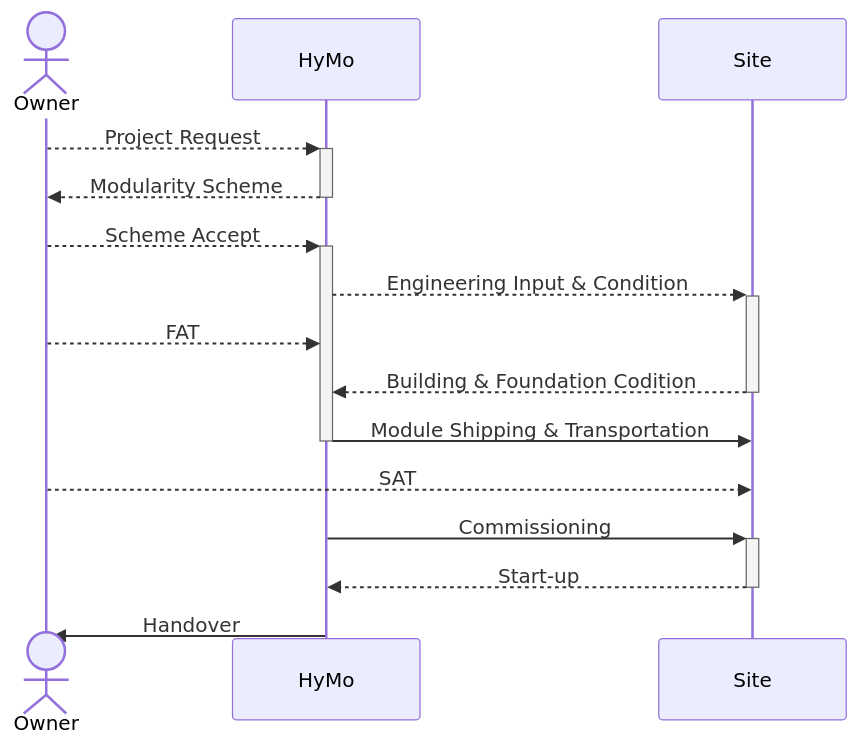
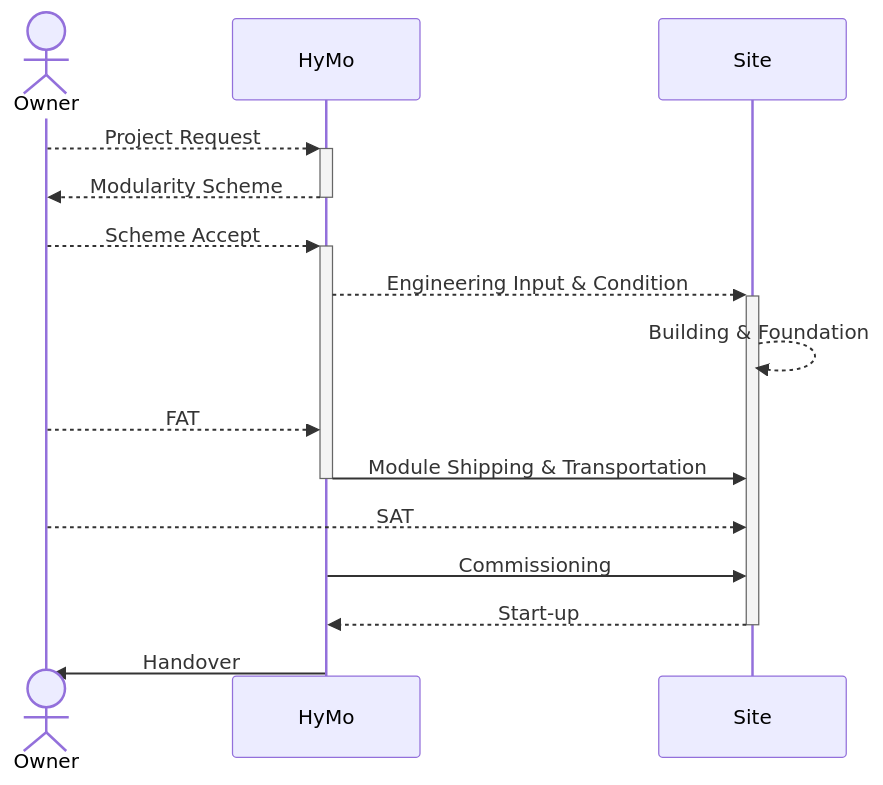
One commit to jonsonw/hymobook changed the diagram in content/index.md. Above: the diagram before and after it, drawn with Mermaid.

````diff
--- a/content/index.md
+++ b/content/index.md
@@ -21,19 +21,19 @@
 ```mermaid
 %%{ init: { 'theme': 'default', 'themeVariables': { 'fontSize': '11px', 'primaryTextColor': '#333', 'primaryColor': '#f0f0f0' }, 'sequence': { 'useMaxWidth': true, 'diagramMarginX': 10, 'diagramMarginY': 10, 'boxMargin': 1 } } }%%
 sequenceDiagram
 	actor A as Owner
 	participant B as HyMo
 	participant C as Site
 	
 	A-->>+B:Project Request
 	B-->>-A:Modularity Scheme
 	A-->>+B:Scheme Accept
 	B-->>+C:Engineering Input & Condition
+	C-->>C:Building & Foundation
 	A-->>B:FAT
-	C-->>-B:Building & Foundation Codition
 	B->>-C:Module Shipping & Transportation
 	A-->>C:SAT
-	B->>+C:Commissioning
+	B->>C:Commissioning
 	C-->>-B:Start-up
 	B->>+A:Handover
 ```
````
